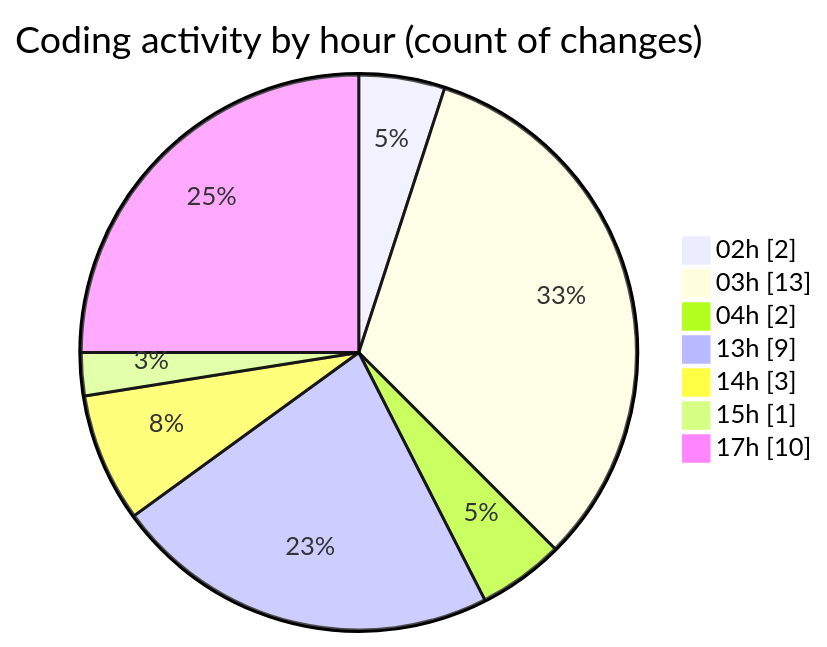
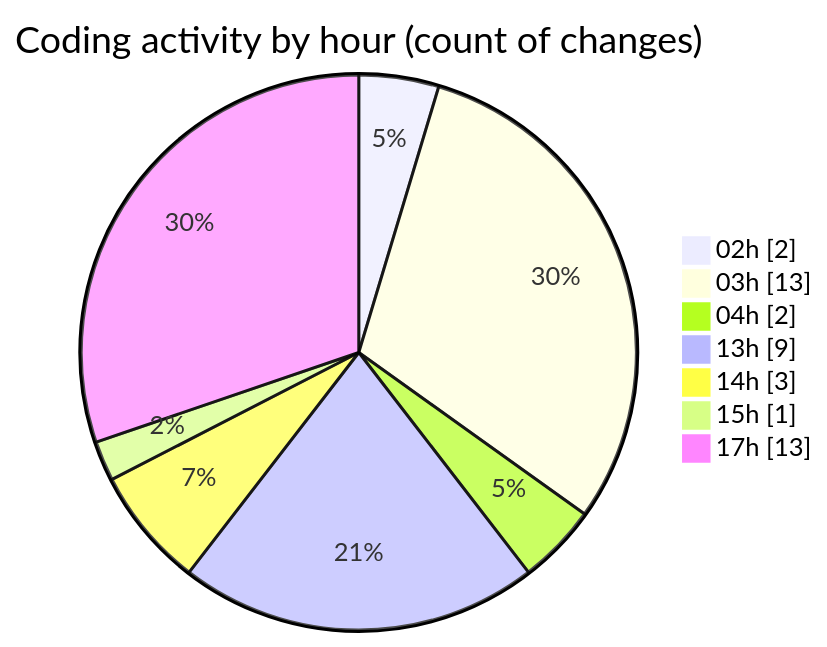
Before and after one commit to julien-gomy/code-tracking: the second of 2 diagrams in 2025-11-28/eventscop-frontend-guide__workspace_/README.md, drawn with Mermaid. The commit also changed other lines of this file and 1 other file, not shown here.

````diff
--- a/2025-11-28/eventscop-frontend-guide__workspace_/README.md
+++ b/2025-11-28/eventscop-frontend-guide__workspace_/README.md
@@ -40,11 +40,11 @@
 ```mermaid
 pie showData
 title Coding activity by hour (count of changes)
 "02h" : 2
 "03h" : 13
 "04h" : 2
 "13h" : 9
 "14h" : 3
 "15h" : 1
-"17h" : 10
+"17h" : 13
 ```
````
